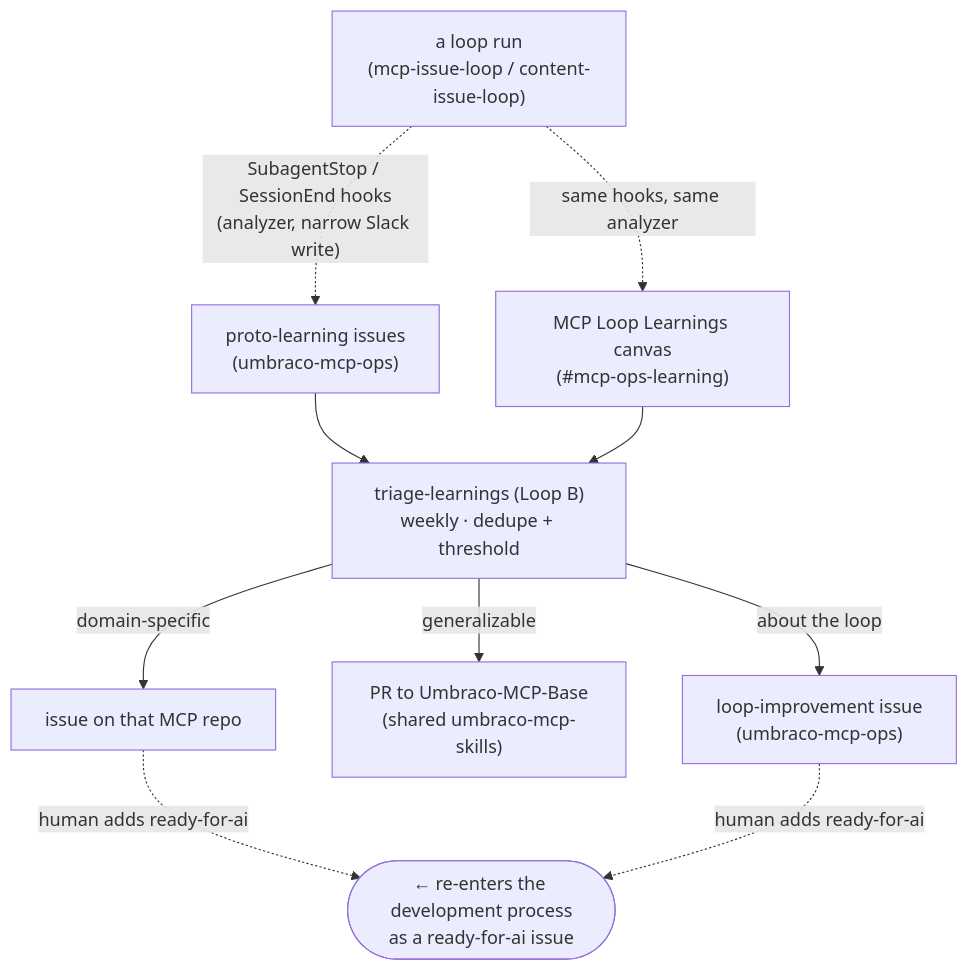
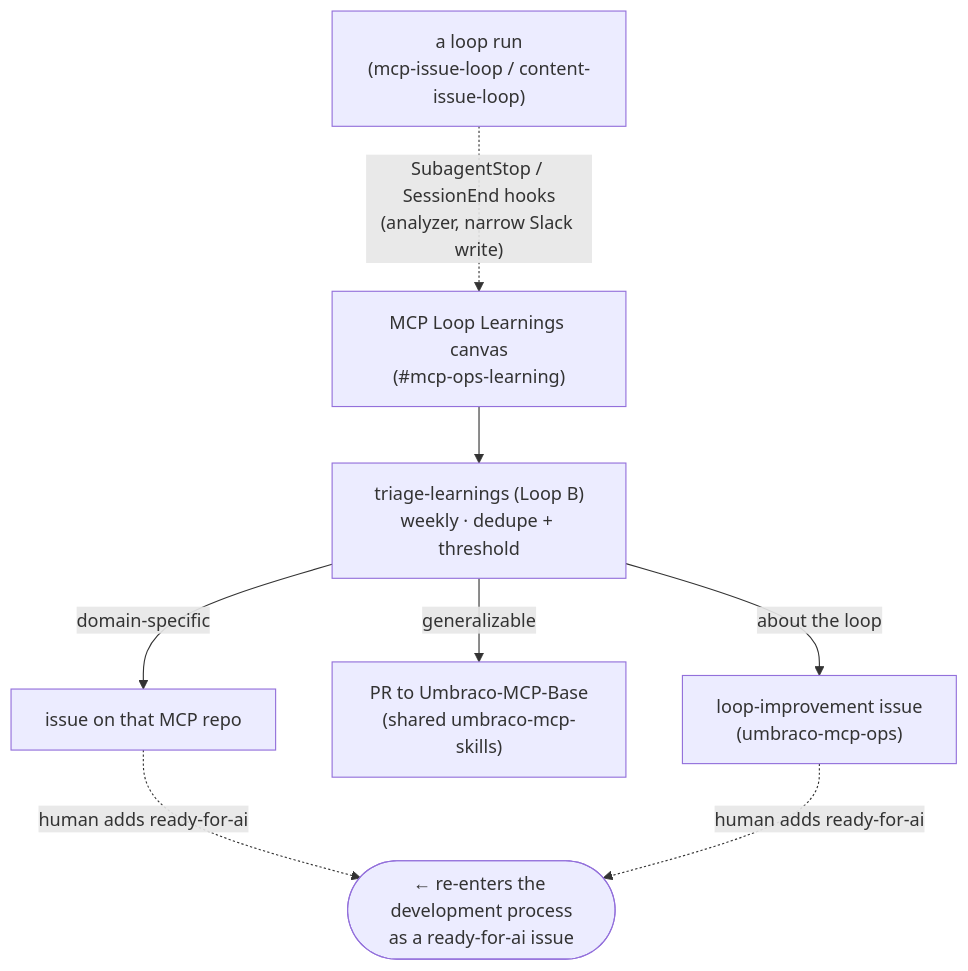
One commit to hifi-phil/umbraco-mcp-ops changed the second of 3 diagrams in docs/self-learning-system.md. Above: the diagram before and after it, drawn with Mermaid. The commit also changed other lines of this file and 10 other files, not shown here.

First line of the commit message:
refactor(mcp-issue-loop): drop the GitHub proto-learning issue path

````diff
--- a/docs/self-learning-system.md
+++ b/docs/self-learning-system.md
@@ -44,12 +44,10 @@
 ```mermaid
 flowchart TD
-    LOOP["a loop run<br/>(mcp-issue-loop / content-issue-loop)"] -. "SubagentStop / SessionEnd hooks<br/>(analyzer, narrow Slack write)" .-> PROTO["proto-learning issues<br/>(umbraco-mcp-ops)"]
-    LOOP -. "same hooks, same analyzer" .-> CANVAS["MCP Loop Learnings canvas<br/>(#mcp-ops-learning)"]
-    PROTO --> TRIAGE["triage-learnings (Loop B)<br/>weekly · dedupe + threshold"]
-    CANVAS --> TRIAGE
+    LOOP["a loop run<br/>(mcp-issue-loop / content-issue-loop)"] -. "SubagentStop / SessionEnd hooks<br/>(analyzer, narrow Slack write)" .-> CANVAS["MCP Loop Learnings canvas<br/>(#mcp-ops-learning)"]
+    CANVAS --> TRIAGE["triage-learnings (Loop B)<br/>weekly · dedupe + threshold"]
     TRIAGE -->|domain-specific| MREPO["issue on that MCP repo"]
     TRIAGE -->|generalizable| SHARED["PR to Umbraco-MCP-Base<br/>(shared umbraco-mcp-skills)"]
     TRIAGE -->|about the loop| LOOPIMP["loop-improvement issue<br/>(umbraco-mcp-ops)"]
     MREPO -. "human adds ready-for-ai" .-> BACK(["← re-enters the development process<br/>as a ready-for-ai issue"])
     LOOPIMP -. "human adds ready-for-ai" .-> BACK
 ```
````
